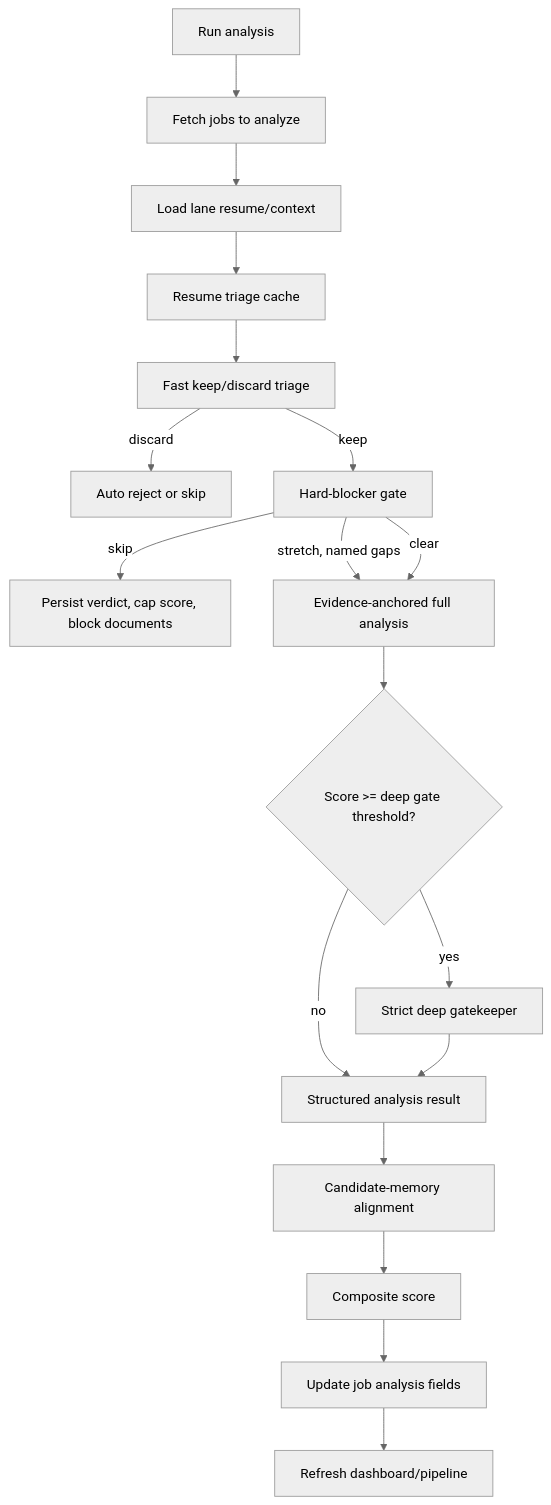
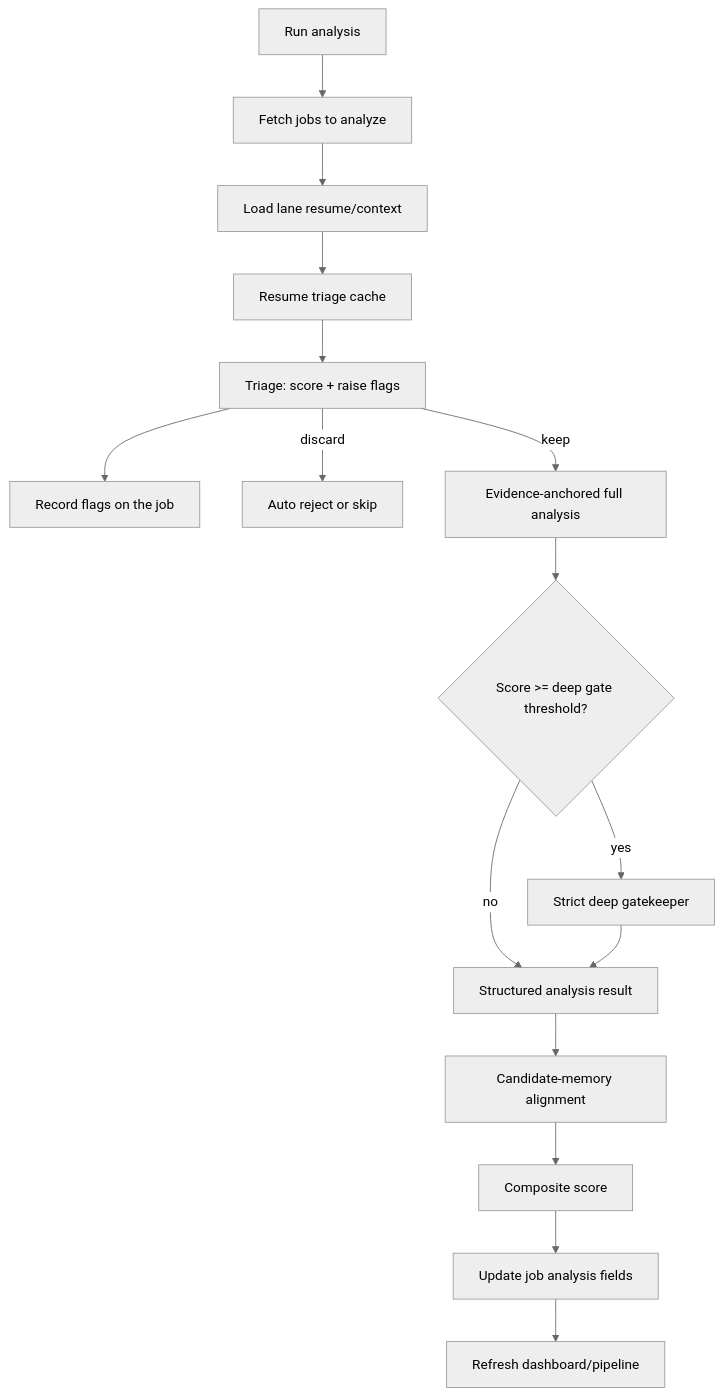
The fifth of 12 diagrams in ARCHITECTURE.md (Keljian/JSE), drawn with Mermaid (neutral theme) before and after one commit. The commit also changed other lines of this file and 31 other files, not shown here.

````diff
--- a/ARCHITECTURE.md
+++ b/ARCHITECTURE.md
@@ -132,20 +132,18 @@
 ```mermaid
 flowchart TD
     Request["Run analysis"] --> Jobs["Fetch jobs to analyze"]
     Jobs --> Resume["Load lane resume/context"]
     Resume --> TriageCache["Resume triage cache"]
-    TriageCache --> FastTriage["Fast keep/discard triage"]
+    TriageCache --> FastTriage["Triage: score + raise flags"]
+    FastTriage --> Flags["Record flags on the job"]
     FastTriage -->|discard| Reject["Auto reject or skip"]
-    FastTriage -->|keep| Blocker["Hard-blocker gate"]
-    Blocker -->|skip| Blocked["Persist verdict, cap score, block documents"]
-    Blocker -->|stretch, named gaps| Full["Evidence-anchored full analysis"]
-    Blocker -->|clear| Full
+    FastTriage -->|keep| Full["Evidence-anchored full analysis"]
     Full --> Gate{"Score >= deep gate threshold?"}
     Gate -->|yes| Deep["Strict deep gatekeeper"]
     Gate -->|no| Structured["Structured analysis result"]
     Deep --> Structured
     Structured --> Fragments["Candidate-memory alignment"]
     Fragments --> Score["Composite score"]
     Score --> DB["Update job analysis fields"]
     DB --> UI["Refresh dashboard/pipeline"]
 ```
````
